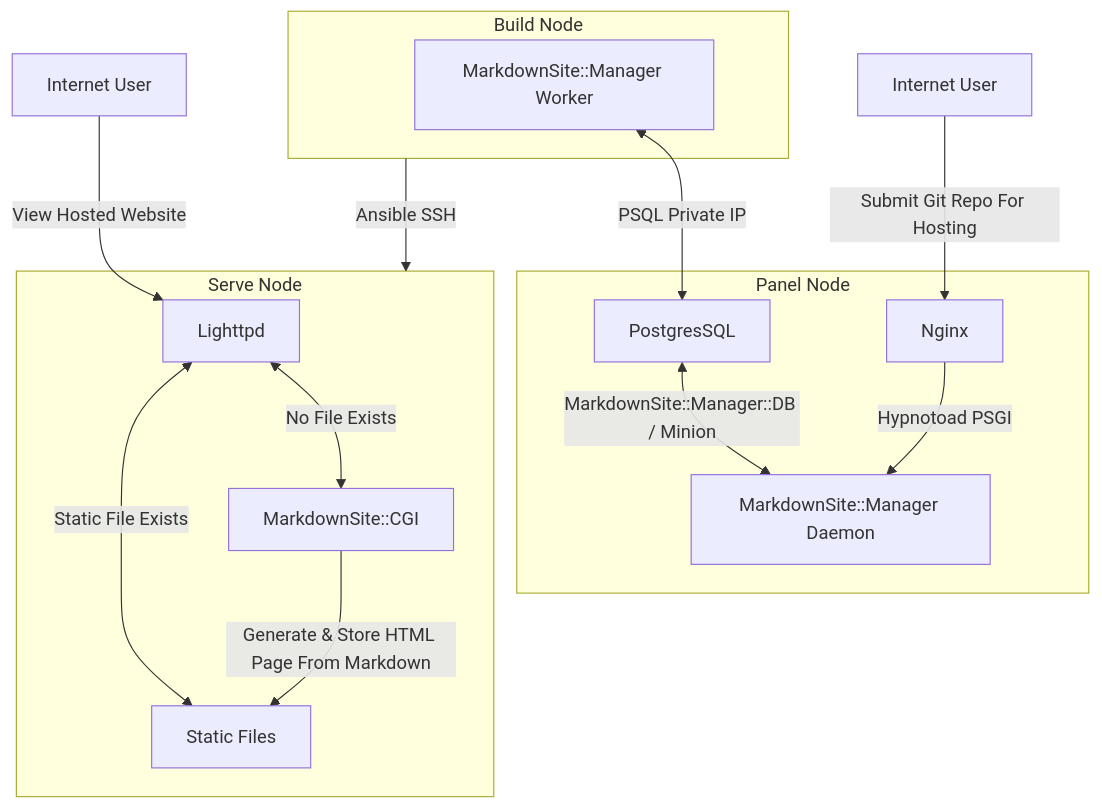
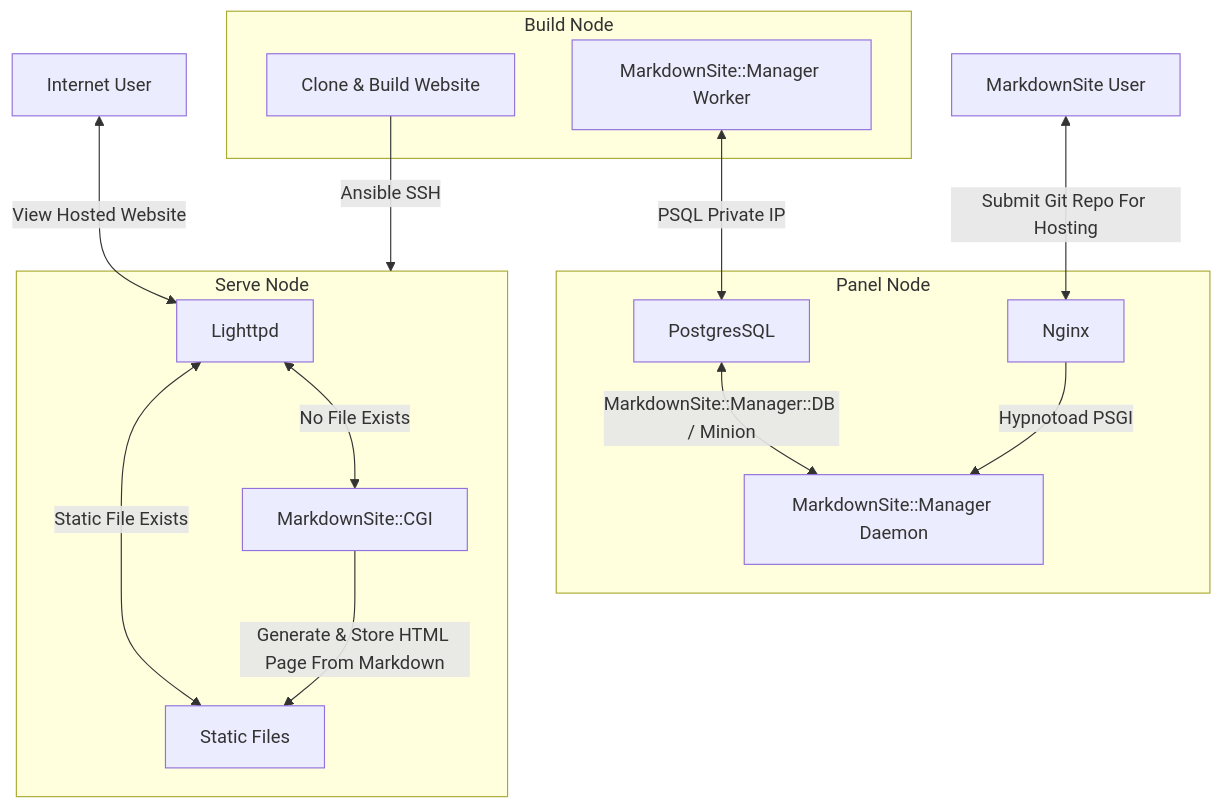
Before and after one commit to symkat/MarkdownSite: the diagram in README.md, drawn with Mermaid. The commit also changed other lines of this file, not shown here.

Commit message:
Tweak README

````diff
--- a/README.md
+++ b/README.md
@@ -20,28 +22,28 @@
 ```mermaid
 flowchart TB
     subgraph one[Panel Node]
     a1[PostgresSQL]
     a2[MarkdownSite::Manager Daemon]
     a3[Nginx]
     a1 <-- MarkdownSite::Manager::DB / Minion--> a2
     a3 -- Hypnotoad PSGI --> a2
 
     end
     subgraph two[Build Node]
-    b1[MarkdownSite::Manager Worker]
-    b1 <-- PSQL Private IP --> a1
+    b1[Clone & Build Website]
+    b2[MarkdownSite::Manager Worker]
+    b2 <-- PSQL Private IP --> a1
     end
     subgraph three[Serve Node]
     c1[Lighttpd]
     c2[Static Files]
     c3[MarkdownSite::CGI]
     c1 <-- Static File Exists --> c2
     c1 <-- No File Exists--> c3
-    c3 -- Generate & Store HTML Page From Markdown--> c2
+    c3 -- Generate & Store HTML Page From Markdown--> c2  
     end
 
-    two -- Ansible SSH--> three
-
-    q[Internet User] -- View Hosted Website -->c1
-    z[Internet User] -- Submit Git Repo For Hosting -->a3
+    b1 -- Ansible SSH--> three
+    q[Internet User] <-- View Hosted Website -->c1
+    z[MarkdownSite User] <-- Submit Git Repo For Hosting -->a3
 ```
````
